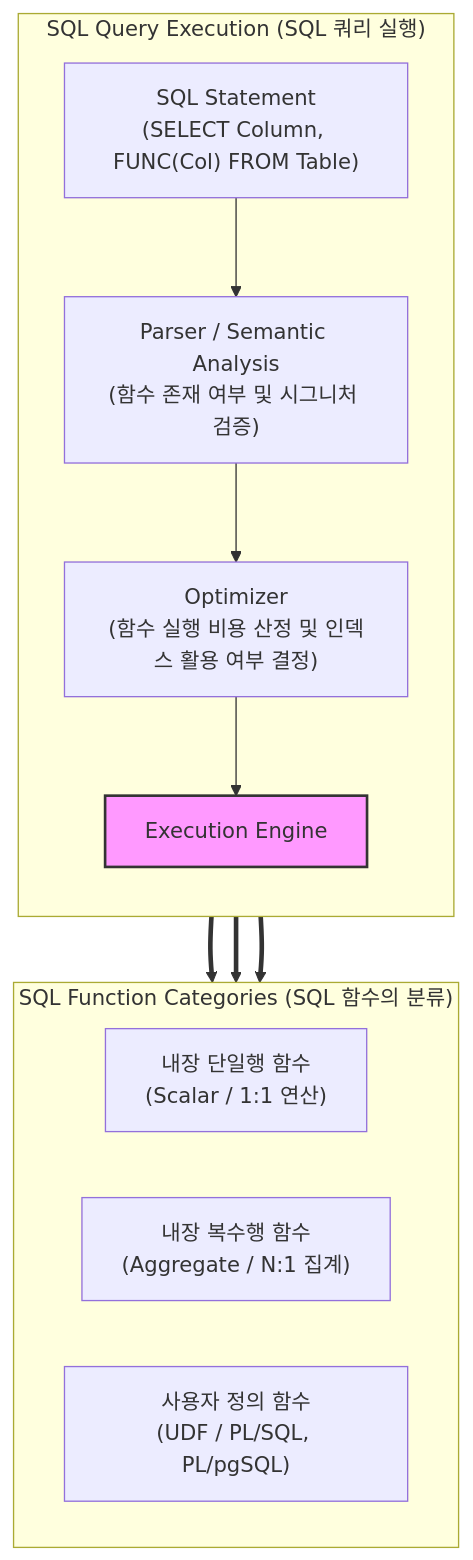
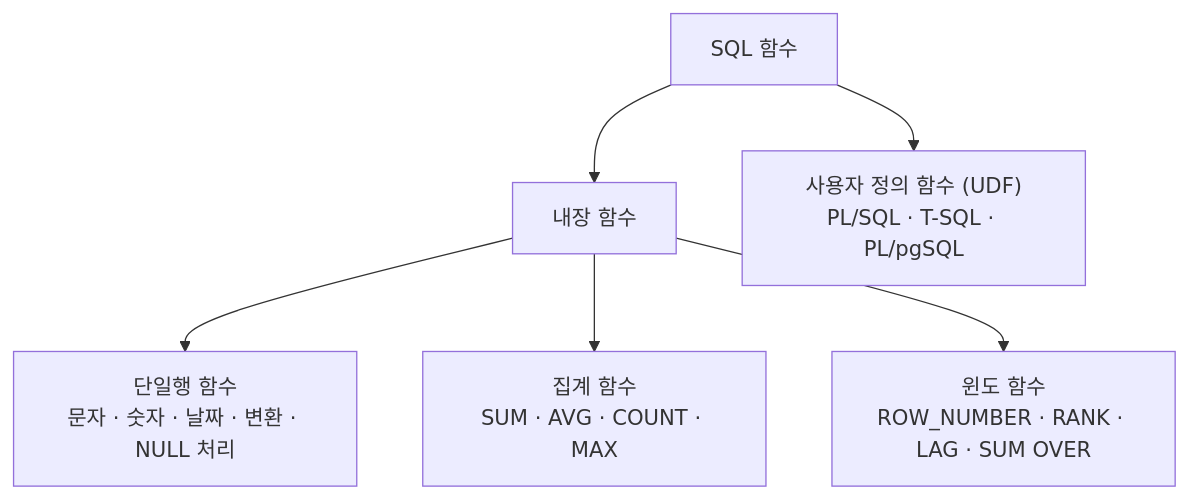
The diagram in content/01_IT Tech/SQL 함수.md (supremethumb/supremethumb.github.io), drawn with Mermaid before and after one commit. The commit also changed other lines of this file and 1087 other files, not shown here.

````diff
--- a/content/01_IT Tech/SQL 함수.md
+++ b/content/01_IT Tech/SQL 함수.md
@@ -27,23 +34,8 @@
 ```mermaid
 flowchart TB
-    subgraph "SQL Query Execution (SQL 쿼리 실행)"
-        direction TB
-        Input["SQL Statement<br/>(SELECT Column, FUNC(Col) FROM Table)"] --> Parser["Parser / Semantic Analysis<br/>(함수 존재 여부 및 시그니처 검증)"]
-        Parser --> Optimizer["Optimizer<br/>(함수 실행 비용 산정 및 인덱스 활용 여부 결정)"]
-        Optimizer --> Executor["Execution Engine"]
-    end
-
-    subgraph "SQL Function Categories (SQL 함수의 분류)"
-        direction LR
-        Scalar["내장 단일행 함수<br/>(Scalar / 1:1 연산)"]
-        Aggregate["내장 복수행 함수<br/>(Aggregate / N:1 집계)"]
-        UDF["사용자 정의 함수<br/>(UDF / PL/SQL, PL/pgSQL)"]
-    end
-
-    Executor ==> Scalar
-    Executor ==> Aggregate
-    Executor ==> UDF
-
-    style Executor fill:#f9f,stroke:#333,stroke-width:2px
-
+    F["SQL 함수"] --> B["내장 함수"]
+    F --> U["사용자 정의 함수 (UDF)<br/>PL/SQL · T-SQL · PL/pgSQL"]
+    B --> S["단일행 함수<br/>문자 · 숫자 · 날짜 · 변환 · NULL 처리"]
+    B --> A["집계 함수<br/>SUM · AVG · COUNT · MAX"]
+    B --> W["윈도 함수<br/>ROW_NUMBER · RANK · LAG · SUM OVER"]
 ```
````
